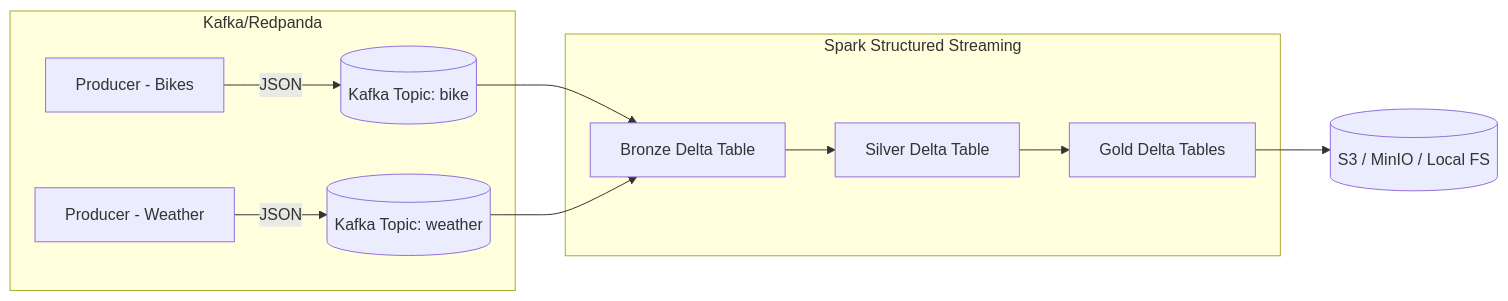
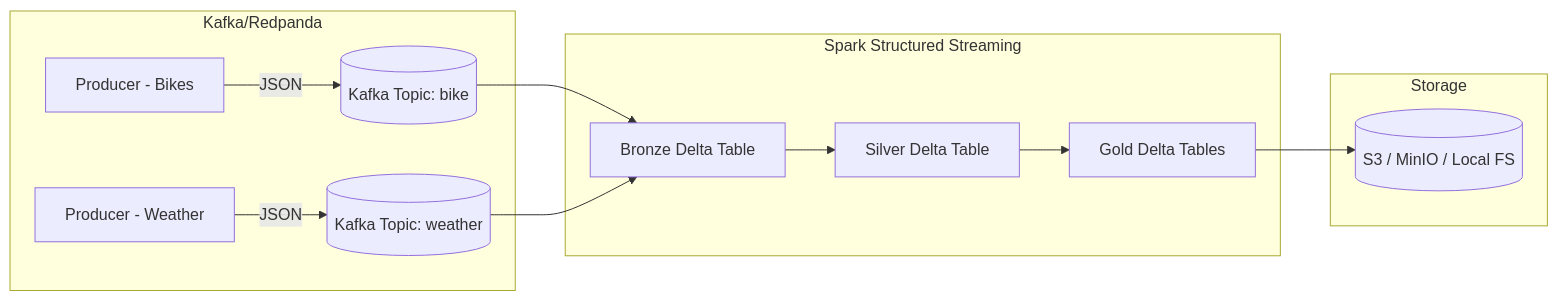
One commit to airdmhund1/city-mobility-pulse changed the diagram in README.md. Above: the diagram before and after it, drawn with Mermaid. The commit also changed other lines of this file, not shown here.

Commit message:
update diagram

````diff
--- a/README.md
+++ b/README.md
@@ -17,16 +17,18 @@
 ```mermaid
 flowchart LR
     subgraph Kafka/Redpanda
         A[Producer - Bikes] --> |JSON| B[(Kafka Topic: bike)]
         A2[Producer - Weather] --> |JSON| C[(Kafka Topic: weather)]
     end
 
     subgraph Spark Structured Streaming
         B --> D[Bronze Delta Table]
         C --> D
         D --> E[Silver Delta Table]
         E --> F[Gold Delta Tables]
     end
 
-    F --> G[(S3 / MinIO / Local FS)]
+    subgraph Storage
+        F --> G[(S3 / MinIO / Local FS)]
+    end
 ```
````
